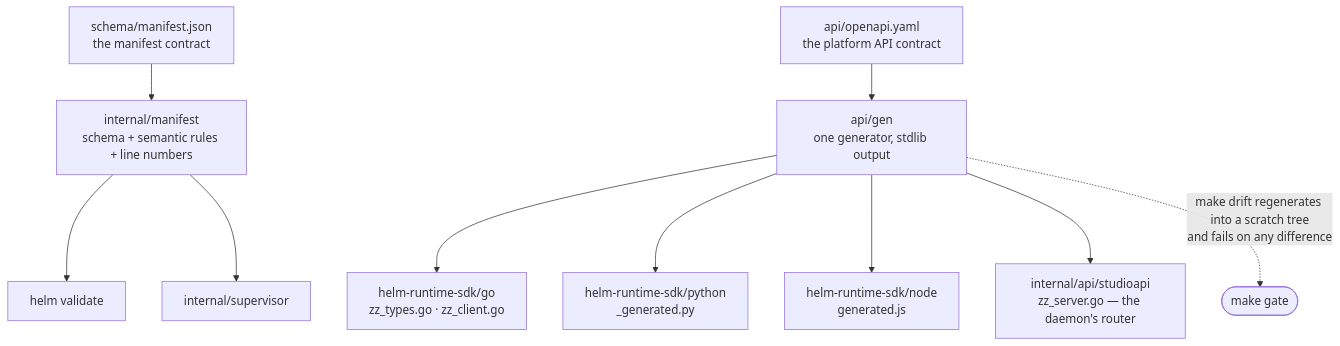
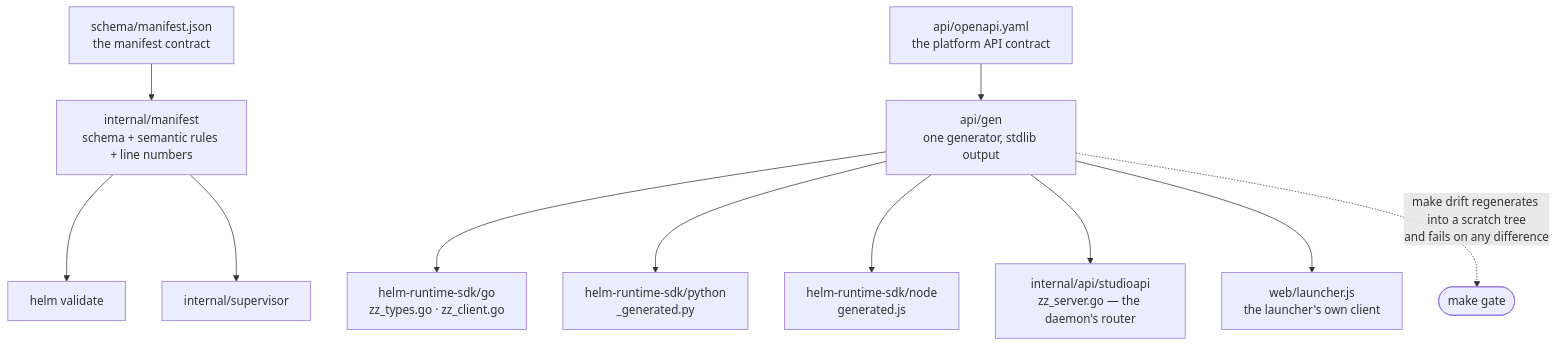
Before and after one commit to janishar/helmstudio: the third of 9 diagrams in docs/helm/framework.md, drawn with Mermaid. The commit also changed other lines of this file, not shown here.

````diff
--- a/docs/helm/framework.md
+++ b/docs/helm/framework.md
@@ -231,17 +241,18 @@
 ``` mermaid
 flowchart TB
     schema["schema/manifest.json<br/>the manifest contract"]
     openapi["api/openapi.yaml<br/>the platform API contract"]
 
     schema --> mf["internal/manifest<br/>schema + semantic rules + line numbers"]
     mf --> validate["helm validate"]
     mf --> sup["internal/supervisor"]
 
     openapi --> gen["api/gen<br/>one generator, stdlib output"]
     gen --> gosdk["helm-runtime-sdk/go<br/>zz_types.go · zz_client.go"]
     gen --> py["helm-runtime-sdk/python<br/>_generated.py"]
     gen --> node["helm-runtime-sdk/node<br/>generated.js"]
     gen --> router["internal/api/studioapi<br/>zz_server.go — the daemon's router"]
+    gen --> launcher["web/launcher.js<br/>the launcher's own client"]
 
     gen -.->|"make drift regenerates into a scratch tree<br/>and fails on any difference"| gate(["make gate"])
 ```
````
